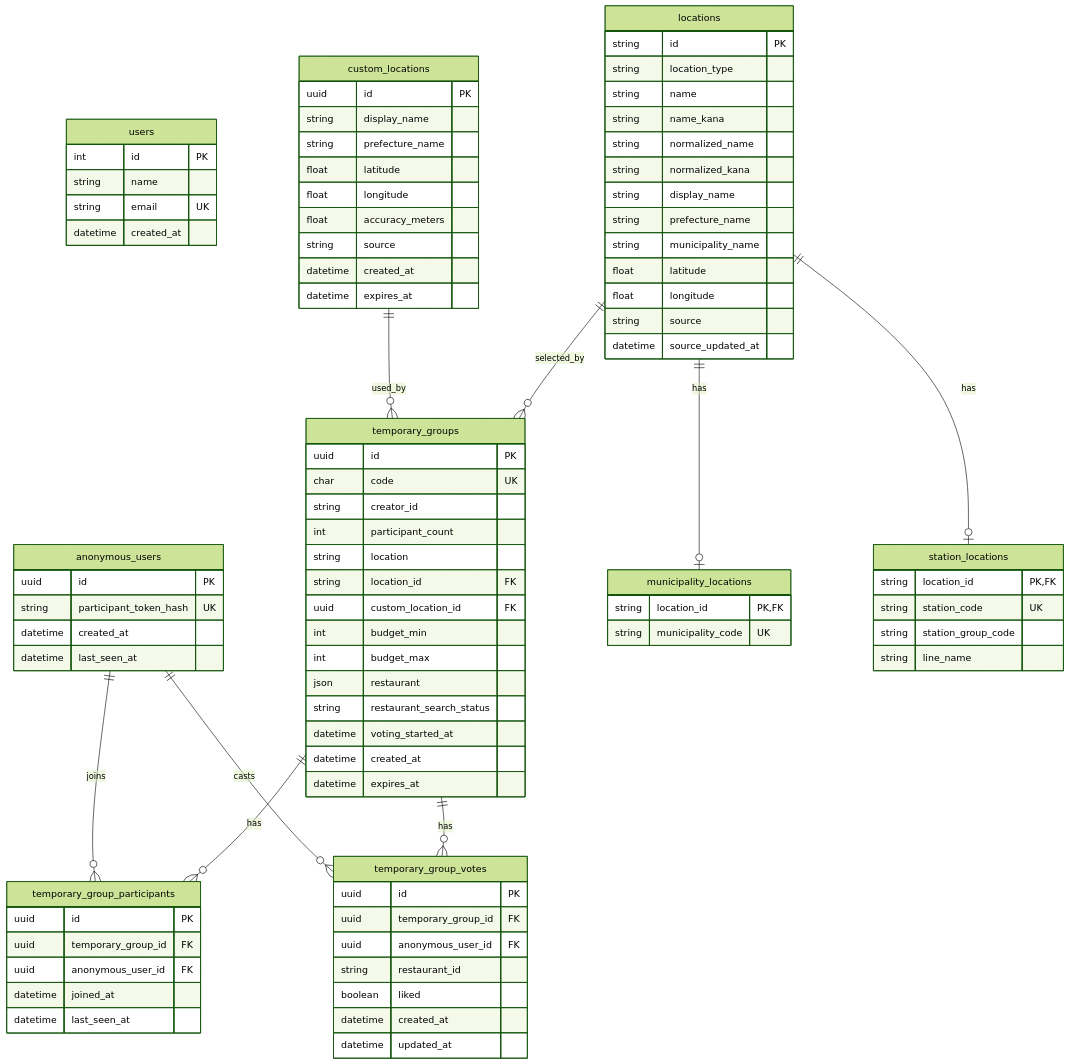
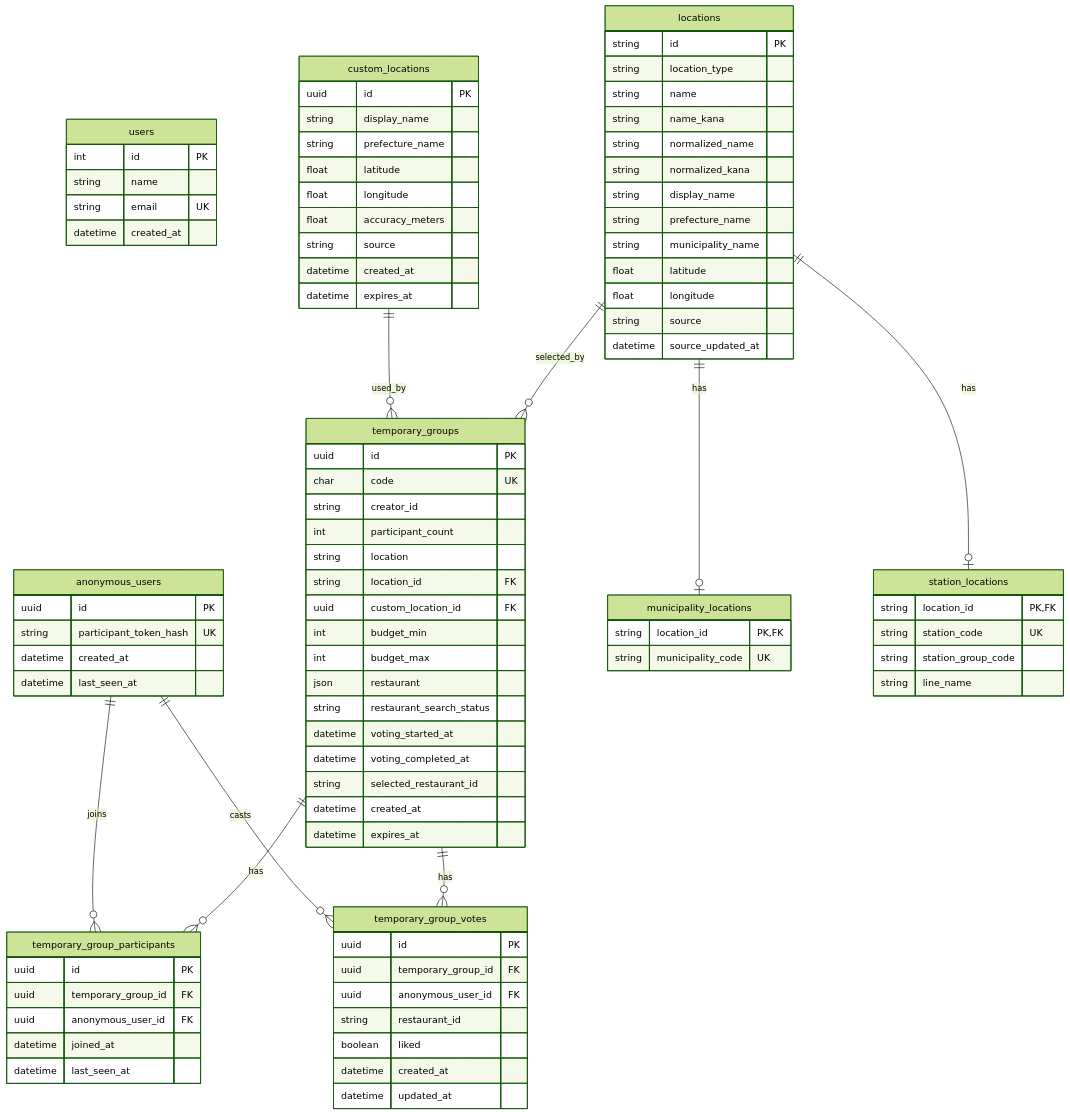
The diagram in docs/database/README.md (SHOGARI/GuruMeet), drawn with Mermaid (forest theme) before and after one commit. The commit also changed other lines of this file and 18 other files, not shown here.

```diff
--- a/docs/database/README.md
+++ b/docs/database/README.md
@@ -50,6 +52,8 @@
         json restaurant
         string restaurant_search_status
         datetime voting_started_at
+        datetime voting_completed_at
+        string selected_restaurant_id
         datetime created_at
         datetime expires_at
     }
```
